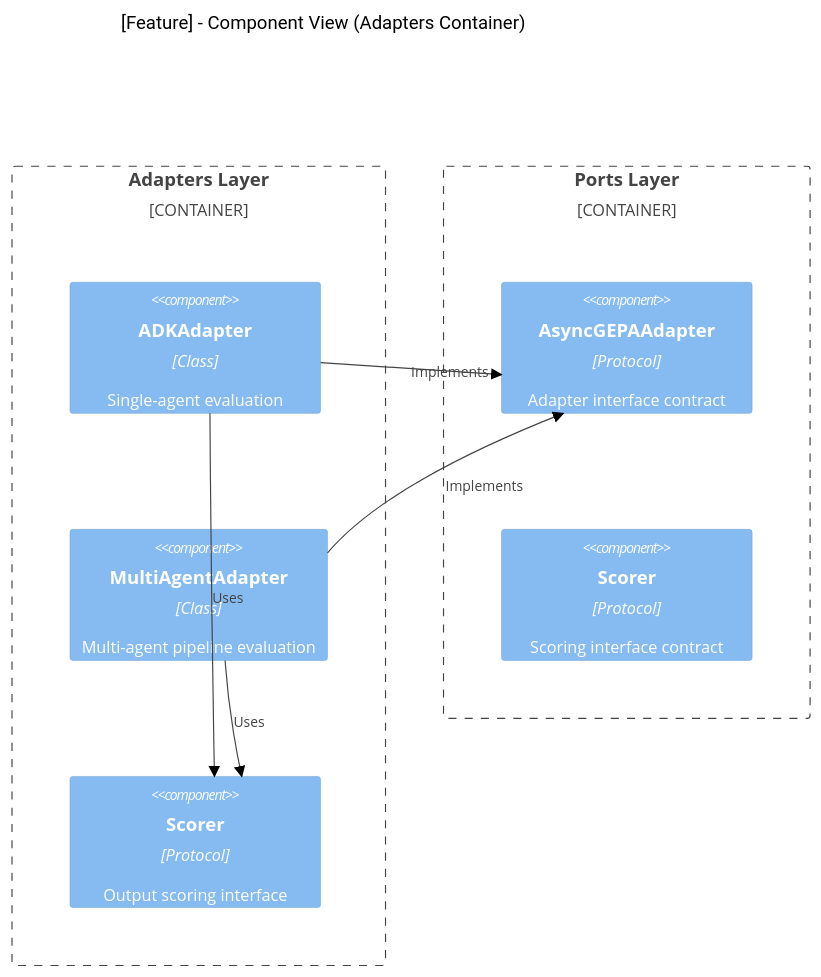
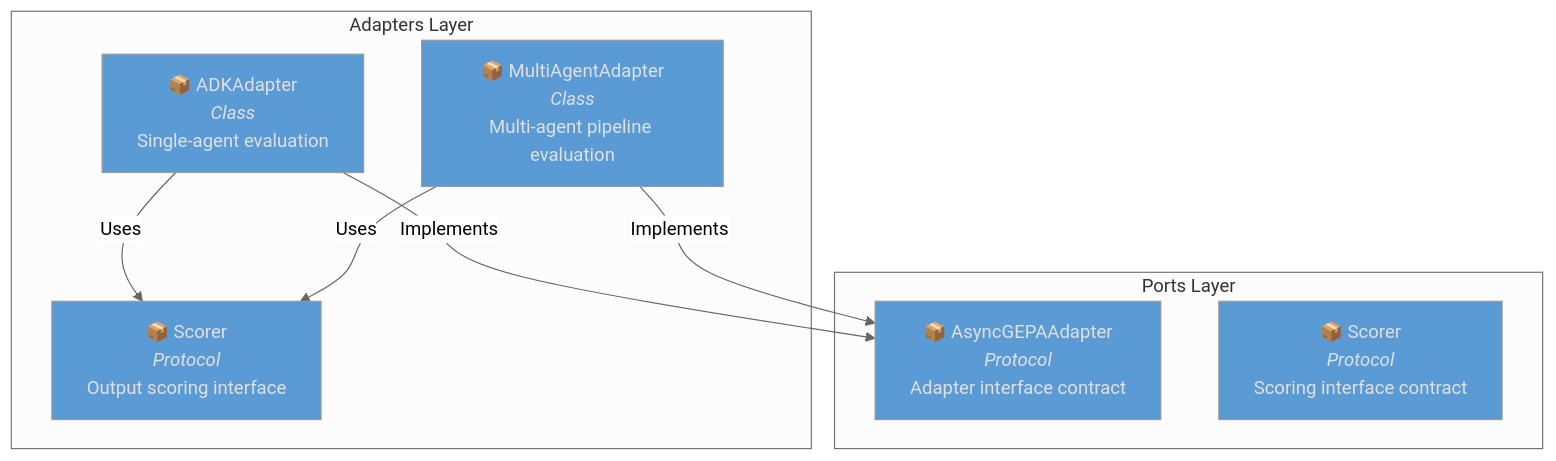
The third of 10 diagrams in .specify/templates/architecture-template.md (Alberto-Codes/gepa-adk), drawn with Mermaid (neutral theme) before and after one commit. The commit also changed other lines of this file and 26 other files, not shown here.

````diff
--- a/.specify/templates/architecture-template.md
+++ b/.specify/templates/architecture-template.md
@@ -96,20 +135,24 @@
 ```mermaid
-C4Component
-title [Feature] - Component View (Adapters Container)
+flowchart TB
+    subgraph adapters["Adapters Layer"]
+        adk_adapter["📦 ADKAdapter<br/><i>Class</i><br/>Single-agent evaluation"]
+        multi_adapter["📦 MultiAgentAdapter<br/><i>Class</i><br/>Multi-agent pipeline evaluation"]
+        scorer["📦 Scorer<br/><i>Protocol</i><br/>Output scoring interface"]
+    end
 
-Container_Boundary(adapters, "Adapters Layer") {
-  Component(adk_adapter, "ADKAdapter", "Class", "Single-agent evaluation")
-  Component(multi_adapter, "MultiAgentAdapter", "Class", "Multi-agent pipeline evaluation")
-  Component(scorer, "Scorer", "Protocol", "Output scoring interface")
-}
+    subgraph ports["Ports Layer"]
+        gepa_protocol["📦 AsyncGEPAAdapter<br/><i>Protocol</i><br/>Adapter interface contract"]
+        scorer_protocol["📦 Scorer<br/><i>Protocol</i><br/>Scoring interface contract"]
+    end
 
-Container_Boundary(ports, "Ports Layer") {
-  Component(gepa_protocol, "AsyncGEPAAdapter", "Protocol", "Adapter interface contract")
-  Component(scorer_protocol, "Scorer", "Protocol", "Scoring interface contract")
-}
+    adk_adapter -->|"Implements"| gepa_protocol
+    multi_adapter -->|"Implements"| gepa_protocol
+    adk_adapter -->|"Uses"| scorer
+    multi_adapter -->|"Uses"| scorer
 
-Rel(adk_adapter, gepa_protocol, "Implements")
-Rel(multi_adapter, gepa_protocol, "Implements")
-Rel(adk_adapter, scorer, "Uses")
-Rel(multi_adapter, scorer, "Uses")
+    style adk_adapter fill:#5B9BD5,color:#E0E0E0
+    style multi_adapter fill:#5B9BD5,color:#E0E0E0
+    style scorer fill:#5B9BD5,color:#E0E0E0
+    style gepa_protocol fill:#5B9BD5,color:#E0E0E0
+    style scorer_protocol fill:#5B9BD5,color:#E0E0E0
 ```
````
